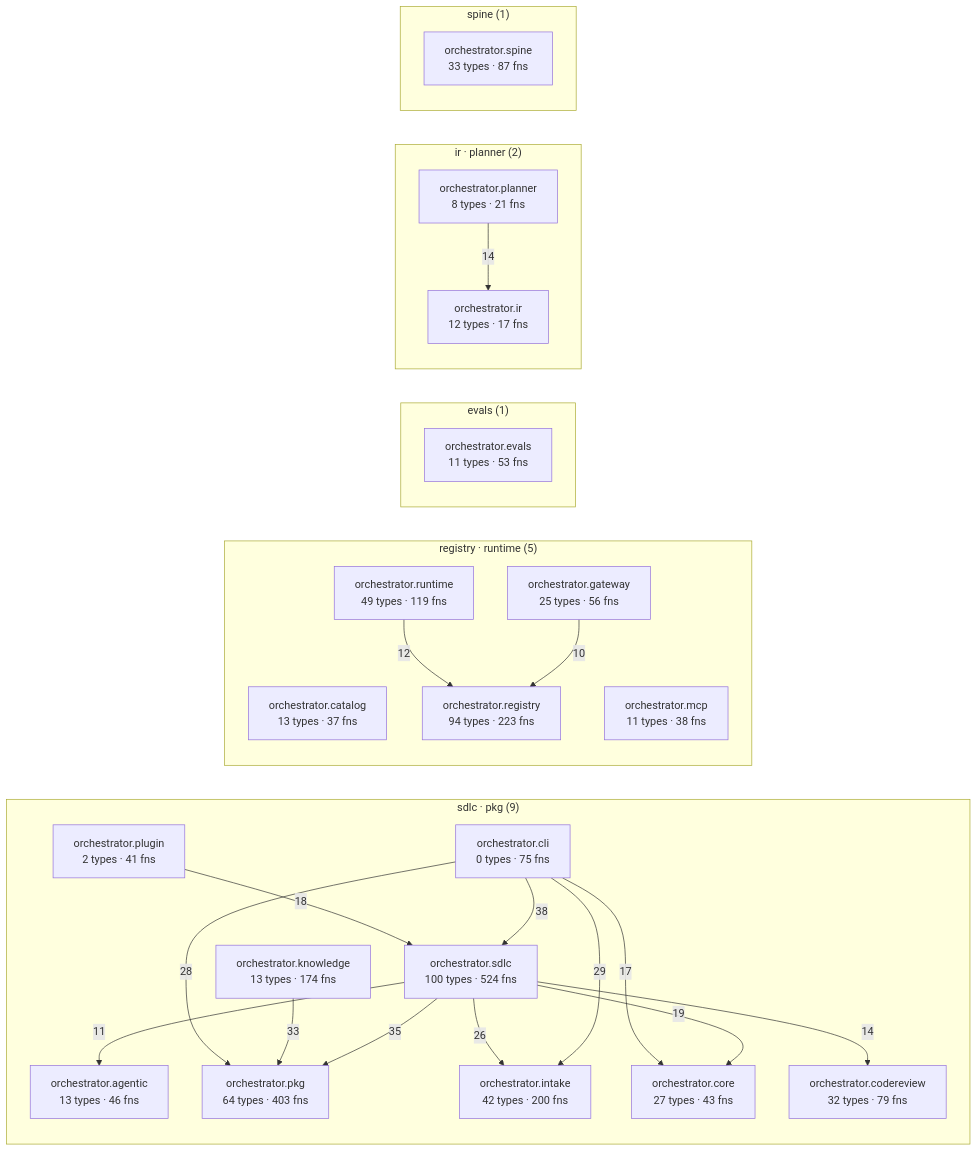
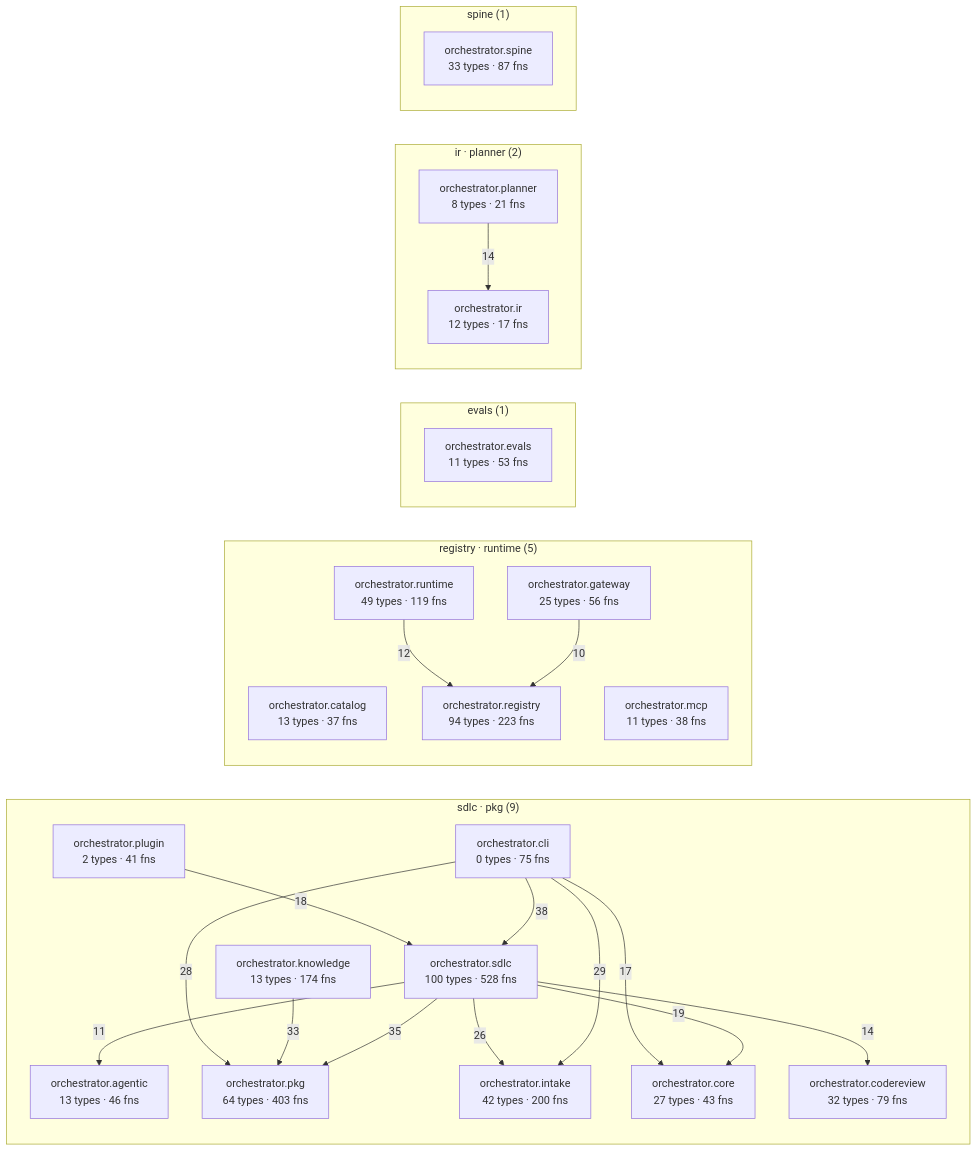
The diagram in episteme/architecture.md (synaptixs/spine), drawn with Mermaid before and after one commit. The commit also changed other lines of this file and 17 other files, not shown here.

````diff
--- a/episteme/architecture.md
+++ b/episteme/architecture.md
@@ -54,45 +54,45 @@
 ```mermaid
 flowchart LR
   subgraph c_1["sdlc · pkg (9)"]
     aorchestratoragentic["orchestrator.agentic<br/>13 types · 46 fns"]
     aorchestratorcli["orchestrator.cli<br/>0 types · 75 fns"]
     aorchestratorcodereview["orchestrator.codereview<br/>32 types · 79 fns"]
     aorchestratorcore["orchestrator.core<br/>27 types · 43 fns"]
     aorchestratorintake["orchestrator.intake<br/>42 types · 200 fns"]
     aorchestratorknowledge["orchestrator.knowledge<br/>13 types · 174 fns"]
     aorchestratorpkg["orchestrator.pkg<br/>64 types · 403 fns"]
     aorchestratorplugin["orchestrator.plugin<br/>2 types · 41 fns"]
-    aorchestratorsdlc["orchestrator.sdlc<br/>100 types · 524 fns"]
+    aorchestratorsdlc["orchestrator.sdlc<br/>100 types · 528 fns"]
   end
   subgraph c_3["registry · runtime (5)"]
     aorchestratorcatalog["orchestrator.catalog<br/>13 types · 37 fns"]
     aorchestratorgateway["orchestrator.gateway<br/>25 types · 56 fns"]
     aorchestratormcp["orchestrator.mcp<br/>11 types · 38 fns"]
     aorchestratorregistry["orchestrator.registry<br/>94 types · 223 fns"]
     aorchestratorruntime["orchestrator.runtime<br/>49 types · 119 fns"]
   end
   subgraph c_5["evals (1)"]
     aorchestratorevals["orchestrator.evals<br/>11 types · 53 fns"]
   end
   subgraph c_7["ir · planner (2)"]
     aorchestratorir["orchestrator.ir<br/>12 types · 17 fns"]
     aorchestratorplanner["orchestrator.planner<br/>8 types · 21 fns"]
   end
   subgraph c_10["spine (1)"]
     aorchestratorspine["orchestrator.spine<br/>33 types · 87 fns"]
   end
   aorchestratorcli -->|38| aorchestratorsdlc
   aorchestratorsdlc -->|35| aorchestratorpkg
   aorchestratorknowledge -->|33| aorchestratorpkg
   aorchestratorcli -->|29| aorchestratorintake
   aorchestratorcli -->|28| aorchestratorpkg
   aorchestratorsdlc -->|26| aorchestratorintake
   aorchestratorsdlc -->|19| aorchestratorcore
   aorchestratorplugin -->|18| aorchestratorsdlc
   aorchestratorcli -->|17| aorchestratorcore
   aorchestratorplanner -->|14| aorchestratorir
   aorchestratorsdlc -->|14| aorchestratorcodereview
   aorchestratorruntime -->|12| aorchestratorregistry
   aorchestratorsdlc -->|11| aorchestratoragentic
   aorchestratorgateway -->|10| aorchestratorregistry
 ```
````
